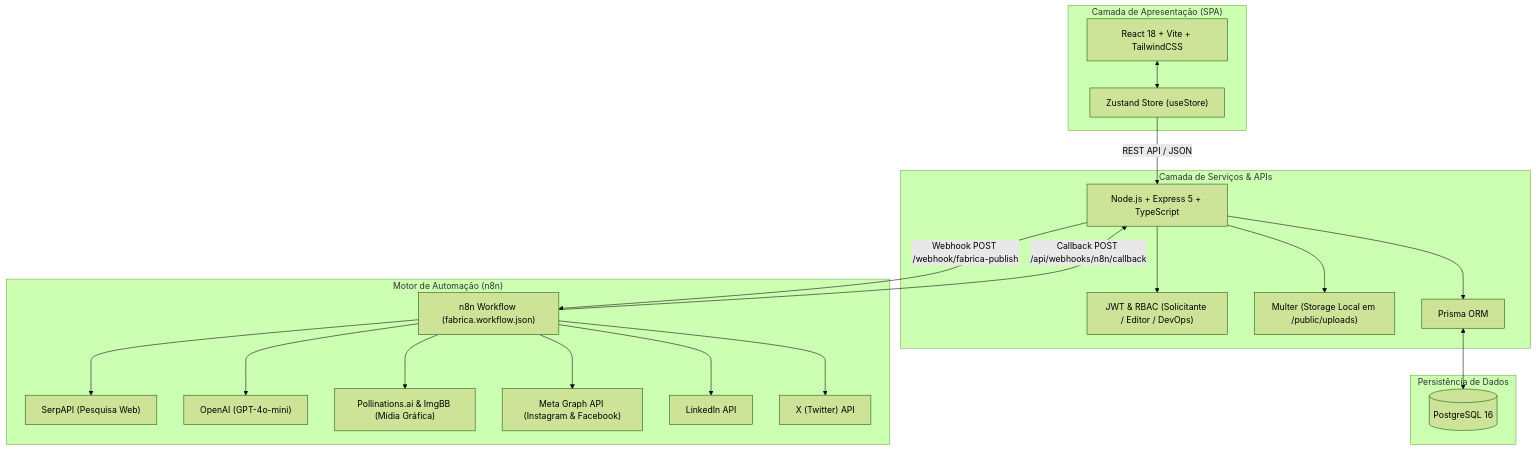
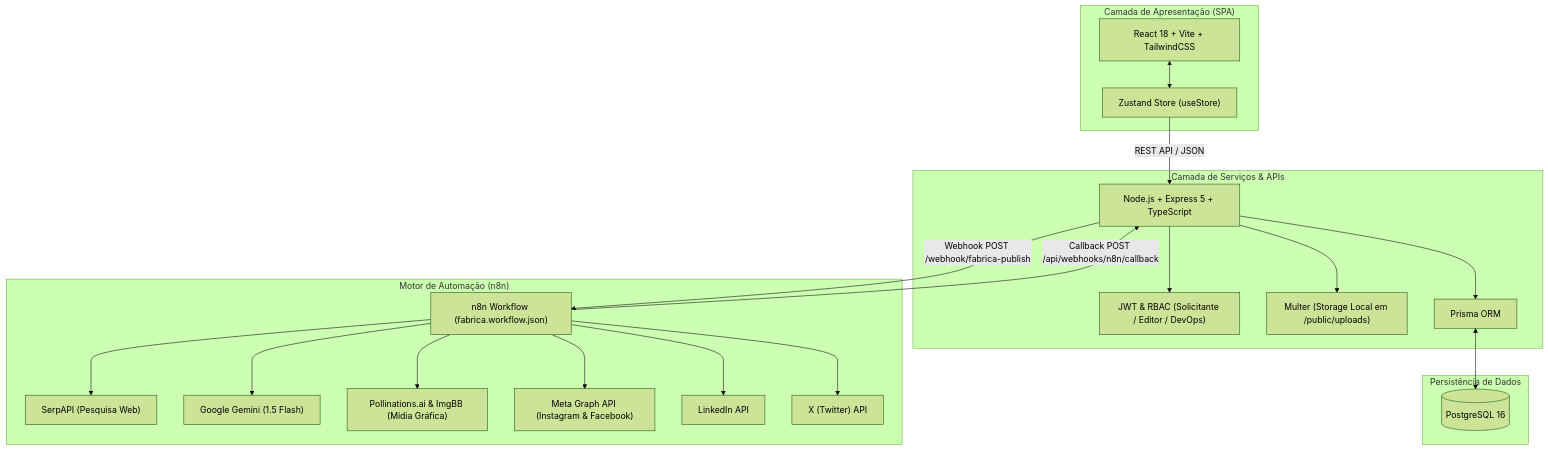
The diagram in README.md (EmidioCarvalho/Fabrica-conteudo), drawn with Mermaid (forest theme) before and after one commit. The commit also changed other lines of this file and 5 other files, not shown here.

Commit message:
feat: migracao oficial do motor de IA para Google Gemini 1.5 Flash e correcao de referencias

````diff
--- a/README.md
+++ b/README.md
@@ -21,44 +21,44 @@
 ```mermaid
 graph TD
     subgraph Frontend ["Camada de Apresentação (SPA)"]
         UI["React 18 + Vite + TailwindCSS"]
         Zustand["Zustand Store (useStore)"]
         UI <--> Zustand
     end
 
     subgraph Backend ["Camada de Serviços & APIs"]
         API["Node.js + Express 5 + TypeScript"]
         Auth["JWT & RBAC (Solicitante / Editor / DevOps)"]
         Multer["Multer (Storage Local em /public/uploads)"]
         Prisma["Prisma ORM"]
         API --> Auth
         API --> Multer
         API --> Prisma
     end
 
     subgraph Database ["Persistência de Dados"]
         Postgres[(PostgreSQL 16)]
         Prisma <--> Postgres
     end
 
     subgraph Orchestration ["Motor de Automação (n8n)"]
         N8N["n8n Workflow (fabrica.workflow.json)"]
         SerpAPI["SerpAPI (Pesquisa Web)"]
-        OpenAI["OpenAI (GPT-4o-mini)"]
+        Gemini["Google Gemini (1.5 Flash)"]
         Pollinations["Pollinations.ai & ImgBB (Mídia Gráfica)"]
         MetaGraph["Meta Graph API (Instagram & Facebook)"]
         LinkedInAPI["LinkedIn API"]
         TwitterAPI["X (Twitter) API"]
 
         N8N --> SerpAPI
-        N8N --> OpenAI
+        N8N --> Gemini
         N8N --> Pollinations
         N8N --> MetaGraph
         N8N --> LinkedInAPI
         N8N --> TwitterAPI
     end
 
     Zustand -->|REST API / JSON| API
     API -->|Webhook POST /webhook/fabrica-publish| N8N
     N8N -->|Callback POST /api/webhooks/n8n/callback| API
 ```
````
